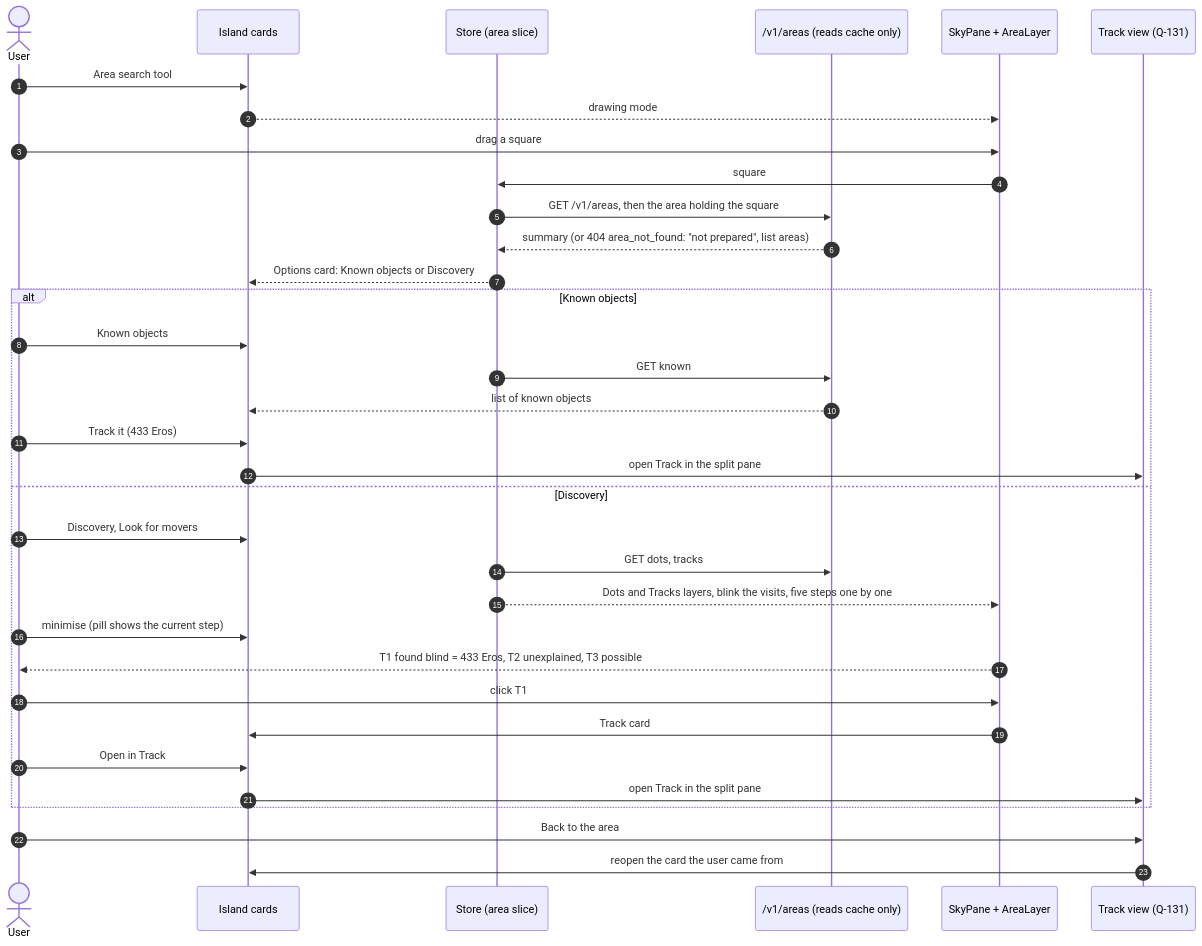
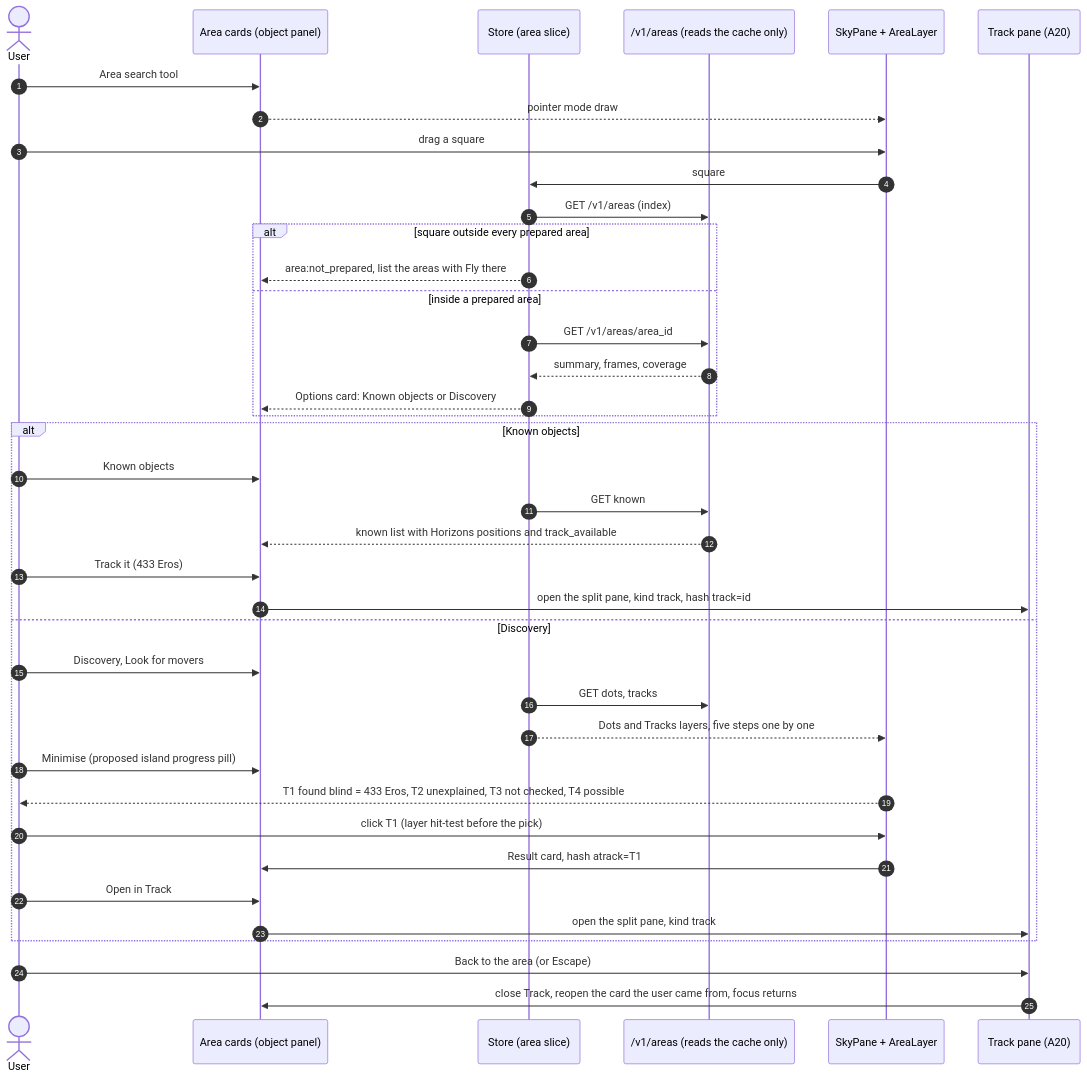
One commit to 0ffrian/SphereX changed the third of 3 diagrams in docs/uml/22-area-search.md. Above: the diagram before and after it, drawn with Mermaid. The commit also changed other lines of this file and 7 other files, not shown here.

First line of the commit message:
docs(moving-objects): fix Area search A16-A18, add Track A19/A20 and UML 23

````diff
--- a/docs/uml/22-area-search.md
+++ b/docs/uml/22-area-search.md
@@ -88,36 +102,41 @@
 ```mermaid
 sequenceDiagram
   autonumber
   actor U as User
-  participant I as Island cards
+  participant P as Area cards (object panel)
   participant ST as Store (area slice)
-  participant A as /v1/areas (reads cache only)
+  participant A as /v1/areas (reads the cache only)
   participant SP as SkyPane + AreaLayer
-  participant T as Track view (Q-131)
-  U->>I: Area search tool
-  I-->>SP: drawing mode
+  participant T as Track pane (A20)
+  U->>P: Area search tool
+  P-->>SP: pointer mode draw
   U->>SP: drag a square
   SP->>ST: square
-  ST->>A: GET /v1/areas, then the area holding the square
-  A-->>ST: summary (or 404 area_not_found: "not prepared", list areas)
-  ST-->>I: Options card: Known objects or Discovery
+  ST->>A: GET /v1/areas (index)
+  alt square outside every prepared area
+    ST-->>P: area:not_prepared, list the areas with Fly there
+  else inside a prepared area
+    ST->>A: GET /v1/areas/area_id
+    A-->>ST: summary, frames, coverage
+    ST-->>P: Options card: Known objects or Discovery
+  end
   alt Known objects
-    U->>I: Known objects
+    U->>P: Known objects
     ST->>A: GET known
-    A-->>I: list of known objects
-    U->>I: Track it (433 Eros)
-    I->>T: open Track in the split pane
+    A-->>P: known list with Horizons positions and track_available
+    U->>P: Track it (433 Eros)
+    P->>T: open the split pane, kind track, hash track=id
   else Discovery
-    U->>I: Discovery, Look for movers
+    U->>P: Discovery, Look for movers
     ST->>A: GET dots, tracks
-    ST-->>SP: Dots and Tracks layers, blink the visits, five steps one by one
-    U->>I: minimise (pill shows the current step)
-    SP-->>U: T1 found blind = 433 Eros, T2 unexplained, T3 possible
-    U->>SP: click T1
-    SP->>I: Track card
-    U->>I: Open in Track
-    I->>T: open Track in the split pane
+    ST-->>SP: Dots and Tracks layers, five steps one by one
+    U->>P: Minimise (proposed island progress pill)
+    SP-->>U: T1 found blind = 433 Eros, T2 unexplained, T3 not checked, T4 possible
+    U->>SP: click T1 (layer hit-test before the pick)
+    SP->>P: Result card, hash atrack=T1
+    U->>P: Open in Track
+    P->>T: open the split pane, kind track
   end
-  U->>T: Back to the area
-  T->>I: reopen the card the user came from
+  U->>T: Back to the area (or Escape)
+  T->>P: close Track, reopen the card the user came from, focus returns
 ```
````
